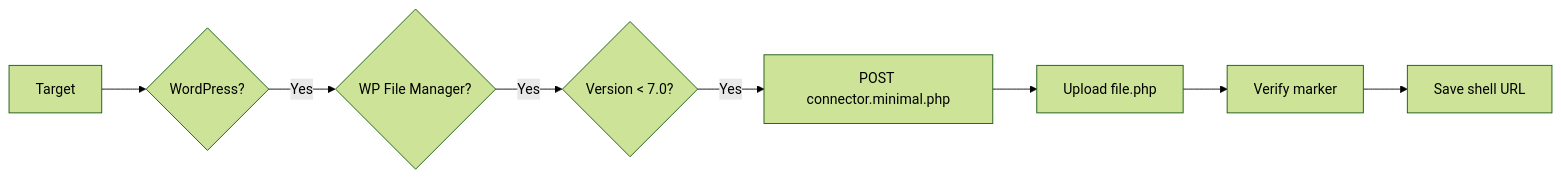
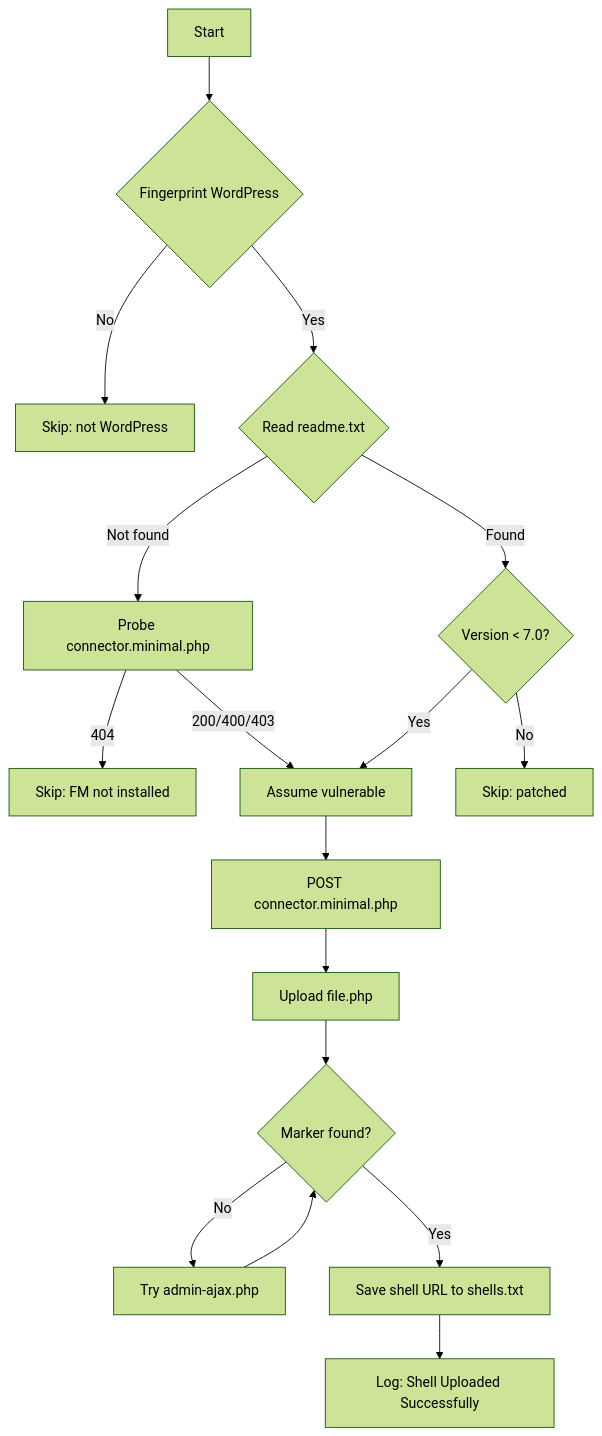
One commit to HackfutSecRoot/wordpress-auto-upload-shell changed the diagram in README.md. Above: the diagram before and after it, drawn with Mermaid (forest theme). The commit also changed other lines of this file, not shown here.

````diff
--- a/README.md
+++ b/README.md
@@ -271,10 +251,19 @@
 ```mermaid
-graph LR
-    A[Target] --> B{WordPress?}
-    B -->|Yes| C{WP File Manager?}
-    C -->|Yes| D{Version < 7.0?}
-    D -->|Yes| E[POST connector.minimal.php]
-    E --> F[Upload file.php]
-    F --> G[Verify marker]
-    G --> H[Save shell URL]
+graph TD
+    A[Start] --> B{Fingerprint WordPress}
+    B -->|No| Z[Skip: not WordPress]
+    B -->|Yes| C{Read readme.txt}
+    C -->|Not found| D[Probe connector.minimal.php]
+    D -->|404| Z2[Skip: FM not installed]
+    D -->|200/400/403| E[Assume vulnerable]
+    C -->|Found| F{Version < 7.0?}
+    F -->|No| Z3[Skip: patched]
+    F -->|Yes| E
+    E --> G[POST connector.minimal.php]
+    G --> H[Upload file.php]
+    H --> I{Marker found?}
+    I -->|No| J[Try admin-ajax.php]
+    J --> I
+    I -->|Yes| K[Save shell URL to shells.txt]
+    K --> L[Log: Shell Uploaded Successfully]
 ```
````
